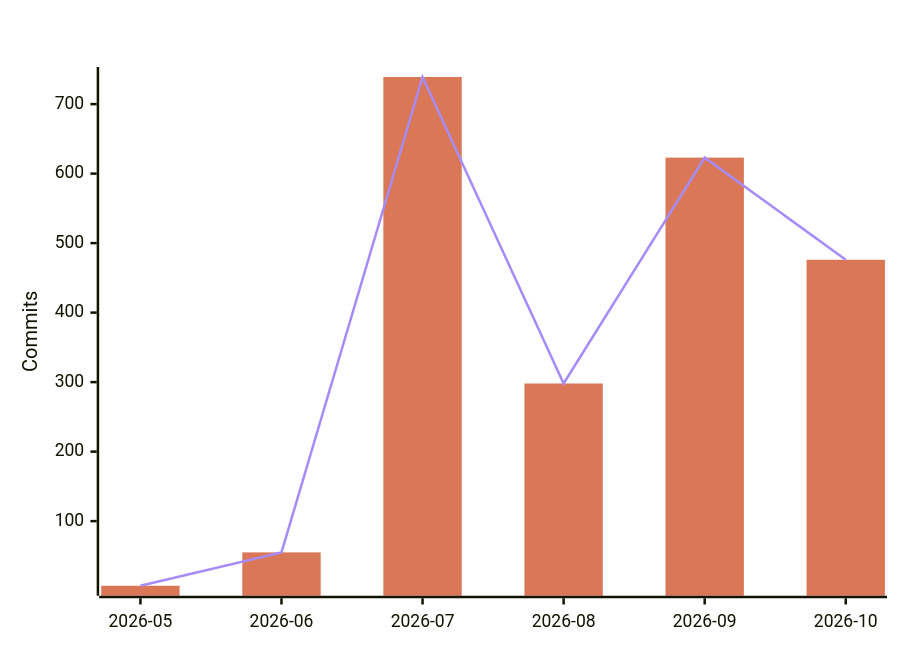
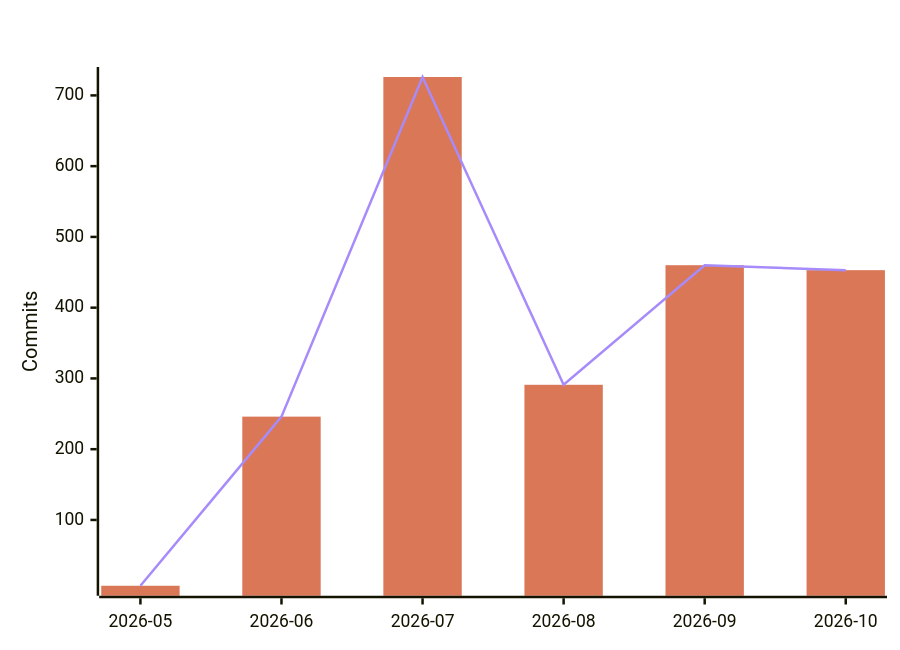
One commit to polo-nyan/polo-nyan changed the fourth of 7 diagrams in README.md. Above: the diagram before and after it, drawn with Mermaid. The commit also changed other lines of this file and 1 other file, not shown here.

````diff
--- a/README.md
+++ b/README.md
@@ -294,9 +294,9 @@
 ```mermaid
 %%{init: {"xyChart": {"titleColor": "#ffffff", "xAxisLabelColor": "#ffffff", "yAxisLabelColor": "#ffffff"}, "themeVariables": {"xyChart": {"titleColor": "#ffffff", "plotColorPalette": "#d97757, #a78bfa"}}}}%%
 xychart-beta
     title "AI-Assisted Commits Per Month"
     x-axis ["2026-05", "2026-06", "2026-07", "2026-08", "2026-09", "2026-10"]
     y-axis "Commits"
-    bar [7, 55, 739, 298, 623, 476]
-    line [7, 55, 739, 298, 623, 476]
+    bar [7, 246, 726, 291, 460, 453]
+    line [7, 246, 726, 291, 460, 453]
 ```
````
